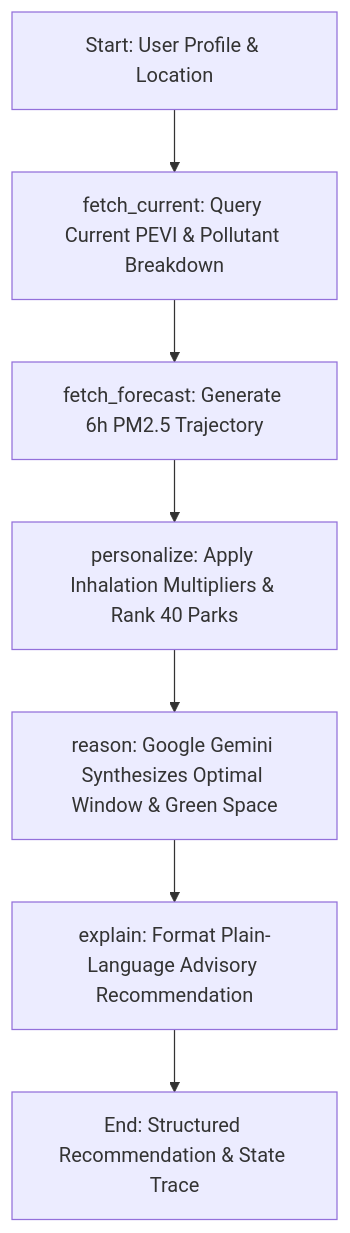
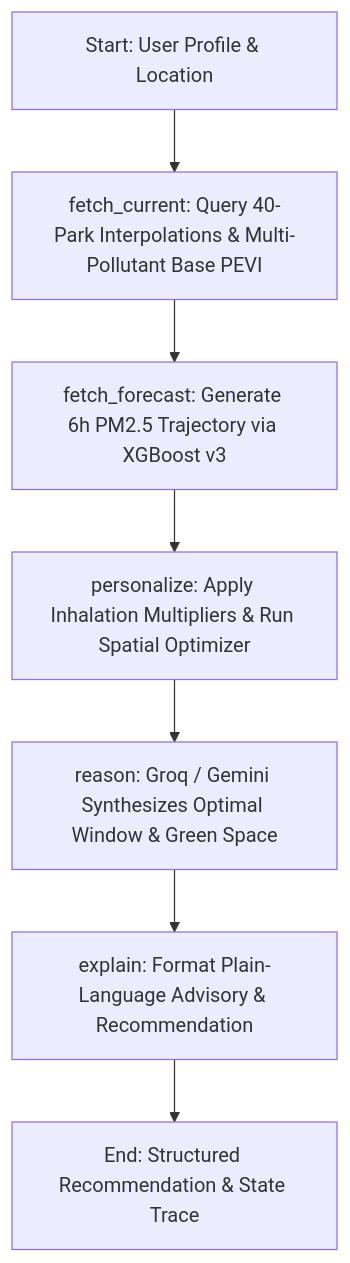
One commit to Mehulllll-pixel/HawaGuide changed the diagram in README.md. Above: the diagram before and after it, drawn with Mermaid. The commit also changed other lines of this file and 1 other file, not shown here.

Commit message:
Update README with Groq/Gemini dual-provider docs, sequential flow, Delhi NCR boundary check, and full feature audit

````diff
--- a/README.md
+++ b/README.md
@@ -173,9 +227,9 @@
 ```mermaid
 graph TD
-    A[Start: User Profile & Location] --> B[fetch_current: Query Current PEVI & Pollutant Breakdown]
-    B --> C[fetch_forecast: Generate 6h PM2.5 Trajectory]
-    C --> D[personalize: Apply Inhalation Multipliers & Rank 40 Parks]
-    D --> E[reason: Google Gemini Synthesizes Optimal Window & Green Space]
-    E --> F[explain: Format Plain-Language Advisory Recommendation]
+    A[Start: User Profile & Location] --> B[fetch_current: Query 40-Park Interpolations & Multi-Pollutant Base PEVI]
+    B --> C[fetch_forecast: Generate 6h PM2.5 Trajectory via XGBoost v3]
+    C --> D[personalize: Apply Inhalation Multipliers & Run Spatial Optimizer]
+    D --> E[reason: Groq / Gemini Synthesizes Optimal Window & Green Space]
+    E --> F[explain: Format Plain-Language Advisory & Recommendation]
     F --> G[End: Structured Recommendation & State Trace]
 ```
````
